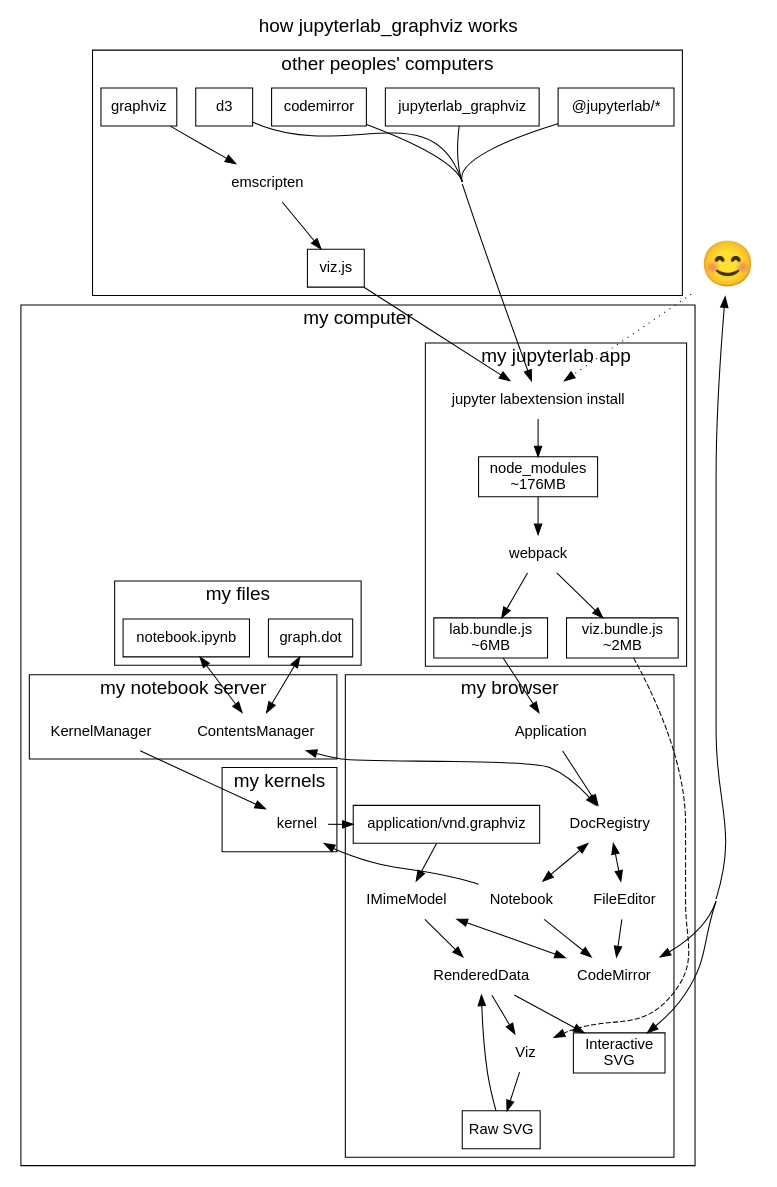
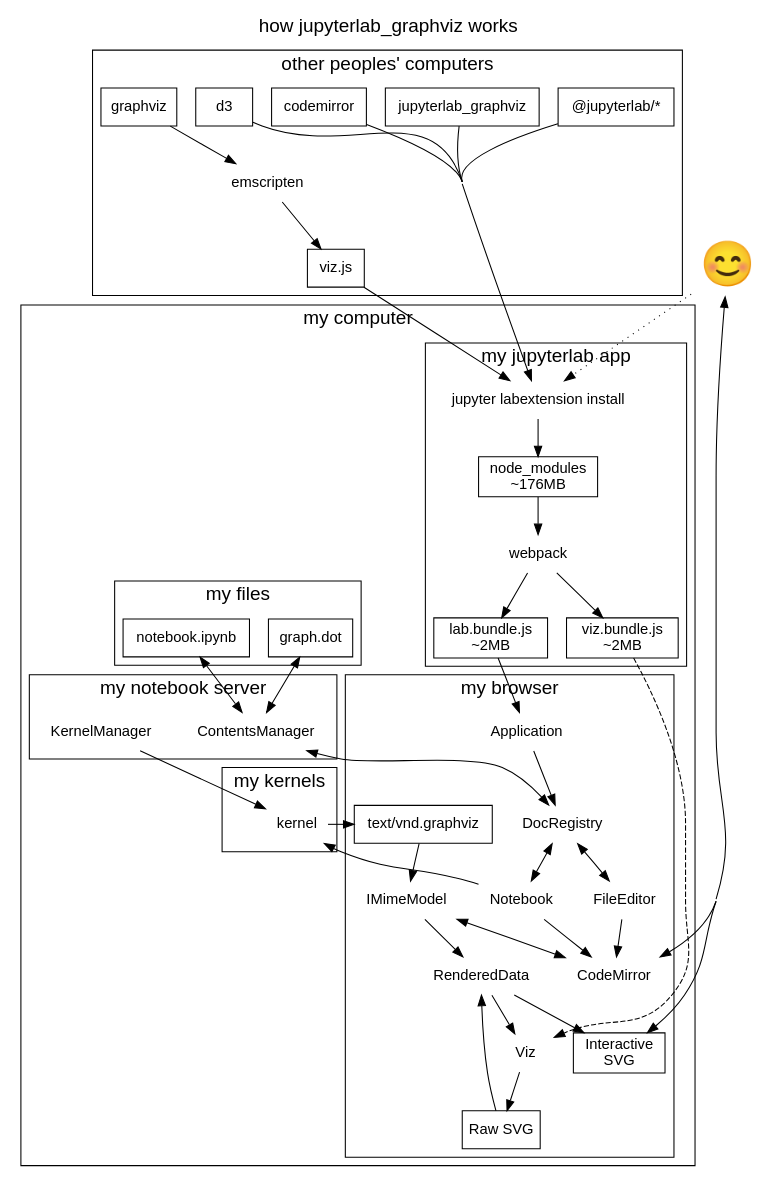
Before and after one commit to PhE/jupyterlab_graphviz: the diagram in samples/how_it_works.dot, drawn with Graphviz. The commit also changed 4 other files, not shown here.

Commit message:
remove reference to non-standard MIME types, fix lab bundle size

```diff
--- a/samples/how_it_works.dot
+++ b/samples/how_it_works.dot
@@ -1,70 +1,70 @@
 digraph g { label="how jupyterlab_graphviz works"
 labelloc=top fontsize=32
 fontname="sans-serif" concentrate=true compound=true
 node[fontname="sans-serif" shape=none]
 graph[fontsize=18]
 
 me[label="😊" fontsize=42]
 
 subgraph cluster_opc { label="other peoples' computers"
   node[shape=rect]
   emscripten[shape=none]
   graphviz -> emscripten -> "viz.js"
   d3 codemirror jupyterlab_graphviz app[label="@jupyterlab/*"]
 }
 
 subgraph cluster_mine { label="my computer"
   subgraph cluster_build { label="my jupyterlab app"
     {app jupyterlab_graphviz codemirror d3 "viz.js"}
     -> {jlpm[label="jupyter labextension install"]}
     -> {node_modules[shape=rect label="node_modules\n~176MB"]}
     -> webpack
     -> {
-      lab_bundle[label=" lab.bundle.js \n~6MB" shape=rect]
+      lab_bundle[label=" lab.bundle.js \n~2MB" shape=rect]
       viz_bundle[label=" viz.bundle.js \n~2MB" shape=rect]
     }
   }
 
   subgraph cluster_kernels { label="my kernels"
     kernel
   }
 
   subgraph cluster_files { label="my files"
     dot[label="graph.dot" shape=rect]
     ipynb[label="notebook.ipynb" shape=rect]
   }
-  
+
   subgraph cluster_server {label="my notebook server"
     ContentsManager
     KernelManager
   }
 
   subgraph cluster_browser { label="my browser"
     Application
     DocRegistry
     Notebook
     FileEditor
     CodeMirror
     RenderedData
     model[label="IMimeModel"]
-    mime[label="application/vnd.graphviz" shape=rect]
+    mime[label="text/vnd.graphviz" shape=rect]
     Viz
     raw[label="Raw SVG" shape=rect]
     svg[label="Interactive\nSVG" shape=rect]
   }
 }
 
 me -> jlpm[style=dotted]
 me -> {CodeMirror svg}[dir=both]
 lab_bundle -> Application -> DocRegistry
 DocRegistry -> {Notebook FileEditor}[dir=both]
 viz_bundle -> Viz[style=dashed]
-{ipynb dot} -> ContentsManager[dir=both] 
+{ipynb dot} -> ContentsManager[dir=both]
 ContentsManager -> DocRegistry[dir=both]
 Notebook -> kernel -> mime -> model
 {Notebook FileEditor} -> CodeMirror
 model -> RenderedData -> svg
 RenderedData -> Viz -> raw -> RenderedData
 KernelManager -> kernel
 model -> CodeMirror[dir=both]
 }
```
